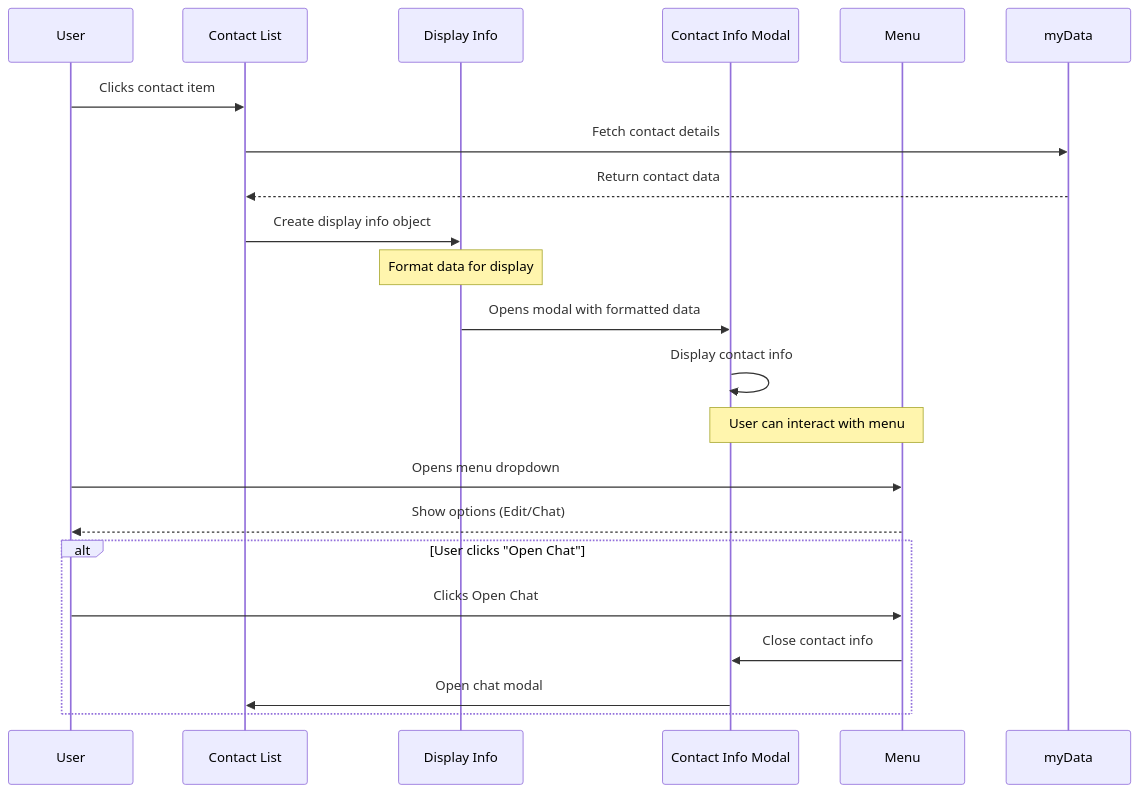
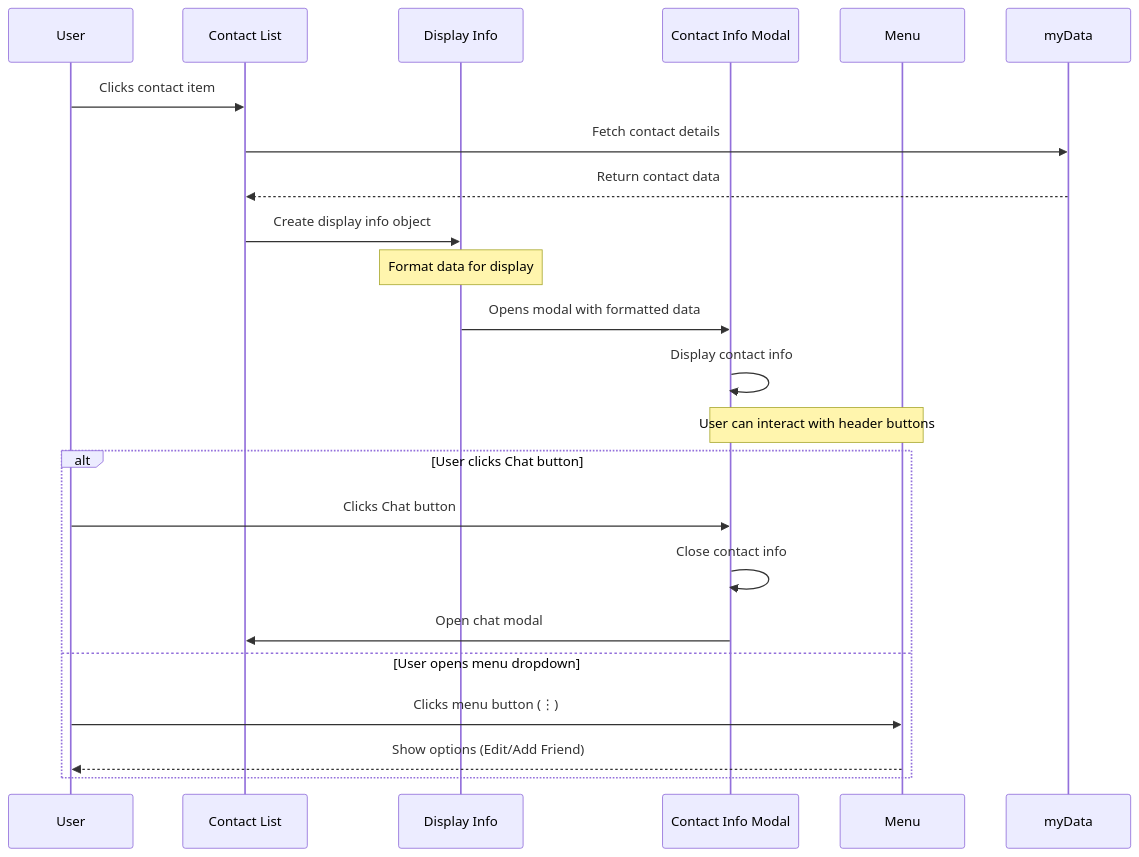
One commit to silver83p/web-client-v2 changed the diagram in data_structures_flow/contact-info-opening.md. Above: the diagram before and after it, drawn with Mermaid. The commit also changed other lines of this file and 3 other files, not shown here.

First line of the commit message:
Add contact info modal with enhanced header actions and dropdown menu

````diff
--- a/data_structures_flow/contact-info-opening.md
+++ b/data_structures_flow/contact-info-opening.md
@@ -31,27 +31,28 @@
 ```mermaid
 sequenceDiagram
     participant U as User
     participant CL as Contact List
     participant DI as Display Info
     participant CI as Contact Info Modal
     participant M as Menu
     participant D as myData
 
     U->>CL: Clicks contact item
     CL->>D: Fetch contact details
     D-->>CL: Return contact data
     CL->>DI: Create display info object
     Note over DI: Format data for display
     DI->>CI: Opens modal with formatted data
     CI->>CI: Display contact info
 
-    Note over CI,M: User can interact with menu
-    U->>M: Opens menu dropdown
-    M-->>U: Show options (Edit/Chat)
+    Note over CI,M: User can interact with header buttons
 
-    alt User clicks "Open Chat"
-        U->>M: Clicks Open Chat
-        M->>CI: Close contact info
+    alt User clicks Chat button
+        U->>CI: Clicks Chat button
+        CI->>CI: Close contact info
         CI->>CL: Open chat modal
+    else User opens menu dropdown
+        U->>M: Clicks menu button (⋮)
+        M-->>U: Show options (Edit/Add Friend)
     end
 ```
````
